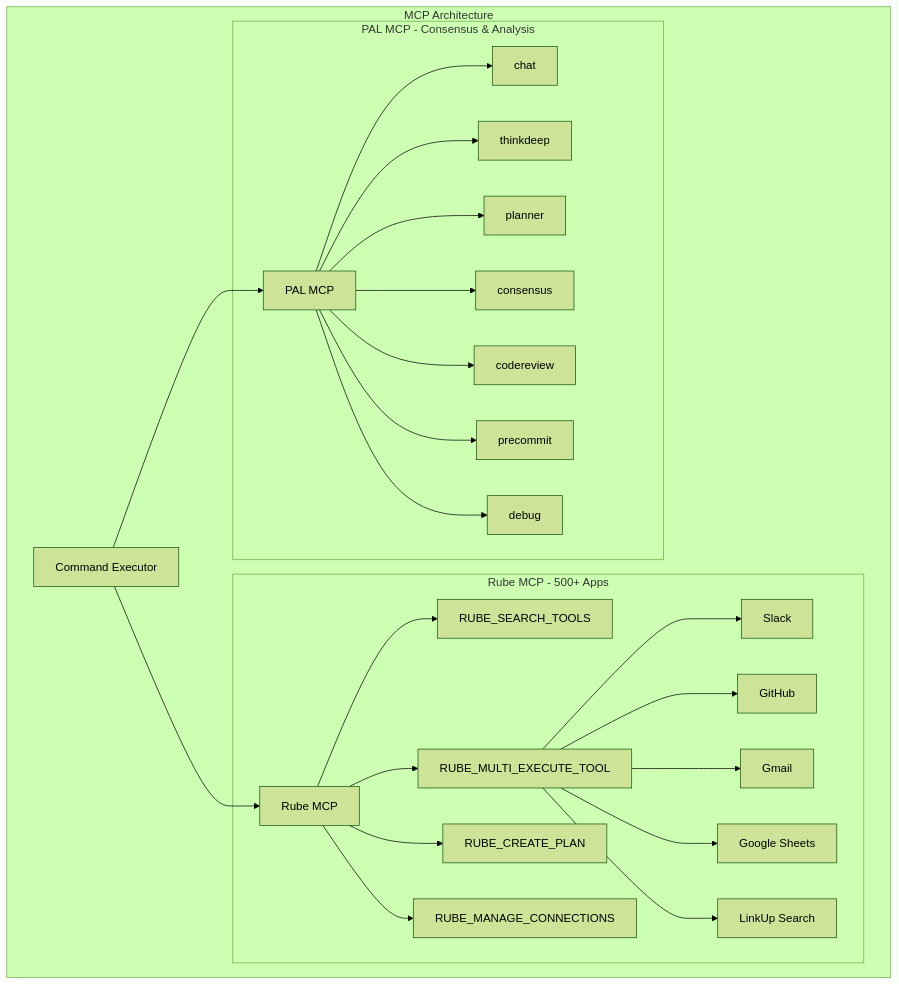
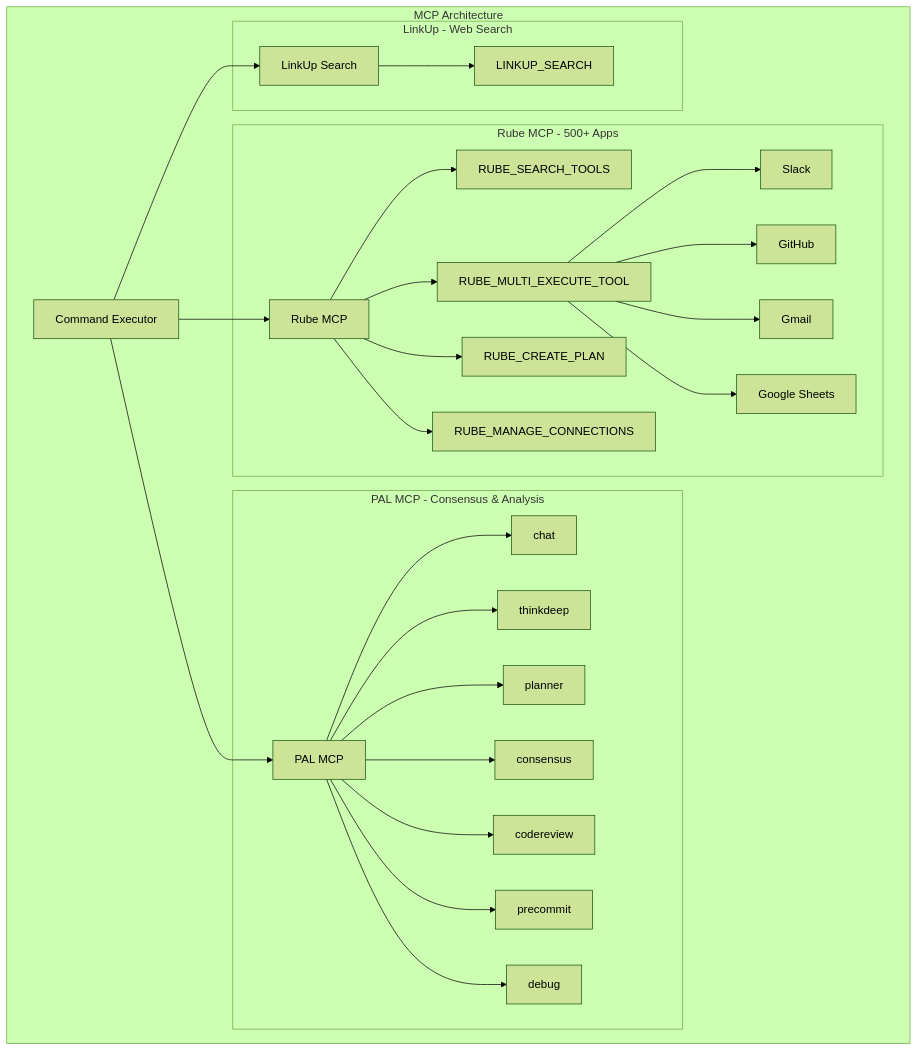
One commit to Tony363/SuperClaude changed diagram 13 of 15 in README.md. Above: the diagram before and after it, drawn with Mermaid (forest theme). The commit also changed other lines of this file, not shown here.

````diff
--- a/README.md
+++ b/README.md
@@ -499,32 +640,36 @@
 ```mermaid
 graph TB
     subgraph "MCP Architecture"
         Executor[Command Executor]
 
         Executor --> RubeInt[Rube MCP]
         Executor --> PALInt[PAL MCP]
+        Executor --> LinkUpInt[LinkUp Search]
 
         subgraph "Rube MCP - 500+ Apps"
             RubeInt --> Search[RUBE_SEARCH_TOOLS]
             RubeInt --> Execute[RUBE_MULTI_EXECUTE_TOOL]
             RubeInt --> Plan[RUBE_CREATE_PLAN]
             RubeInt --> Connect[RUBE_MANAGE_CONNECTIONS]
 
             Execute --> Slack[Slack]
             Execute --> GitHub[GitHub]
             Execute --> Gmail[Gmail]
             Execute --> Sheets[Google Sheets]
-            Execute --> LinkUp[LinkUp Search]
         end
 
         subgraph "PAL MCP - Consensus & Analysis"
             PALInt --> Chat[chat]
             PALInt --> Think[thinkdeep]
             PALInt --> Plan2[planner]
             PALInt --> Consensus[consensus]
             PALInt --> CodeRev[codereview]
             PALInt --> PreCommit[precommit]
             PALInt --> Debug[debug]
         end
+
+        subgraph "LinkUp - Web Search"
+            LinkUpInt --> WebSearch[LINKUP_SEARCH]
+        end
     end
 ```
````
